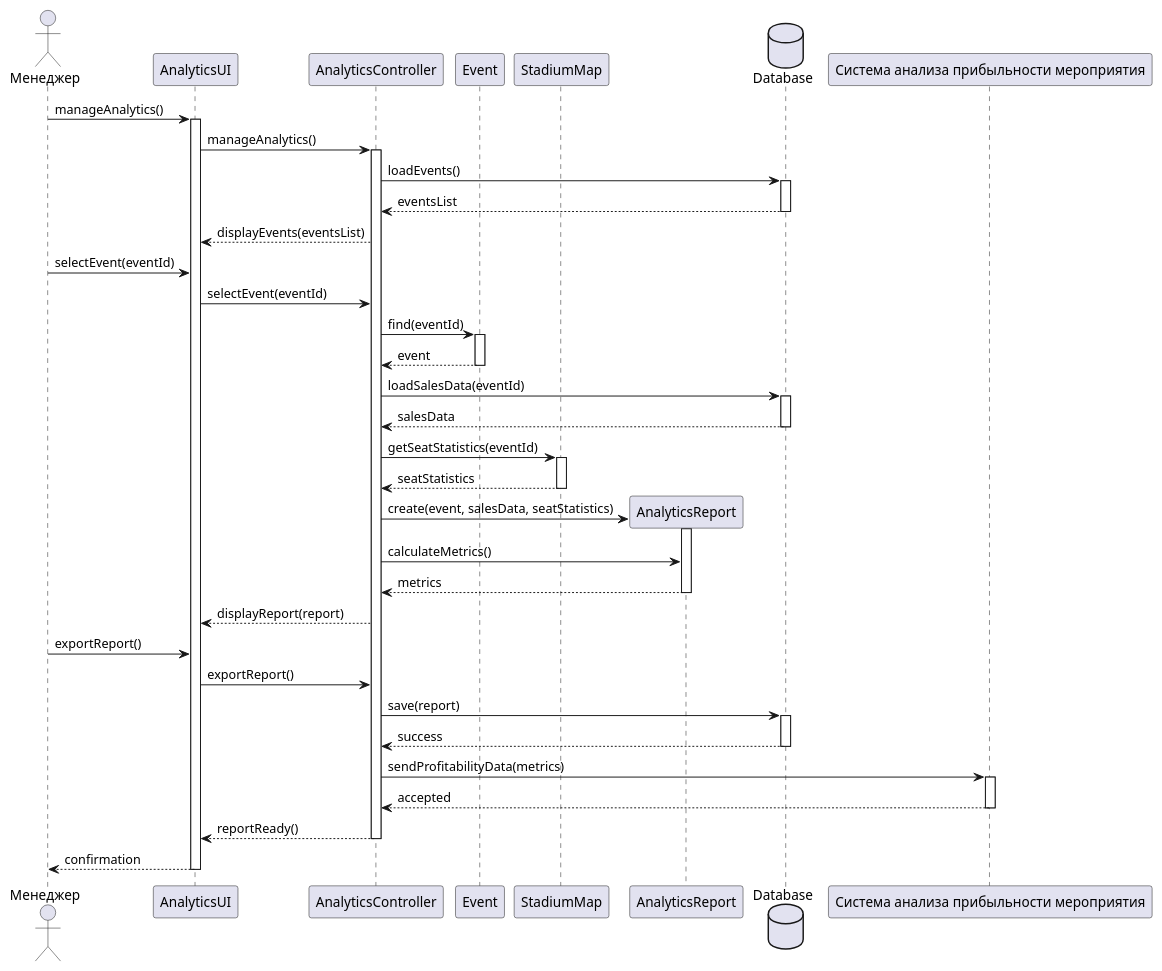
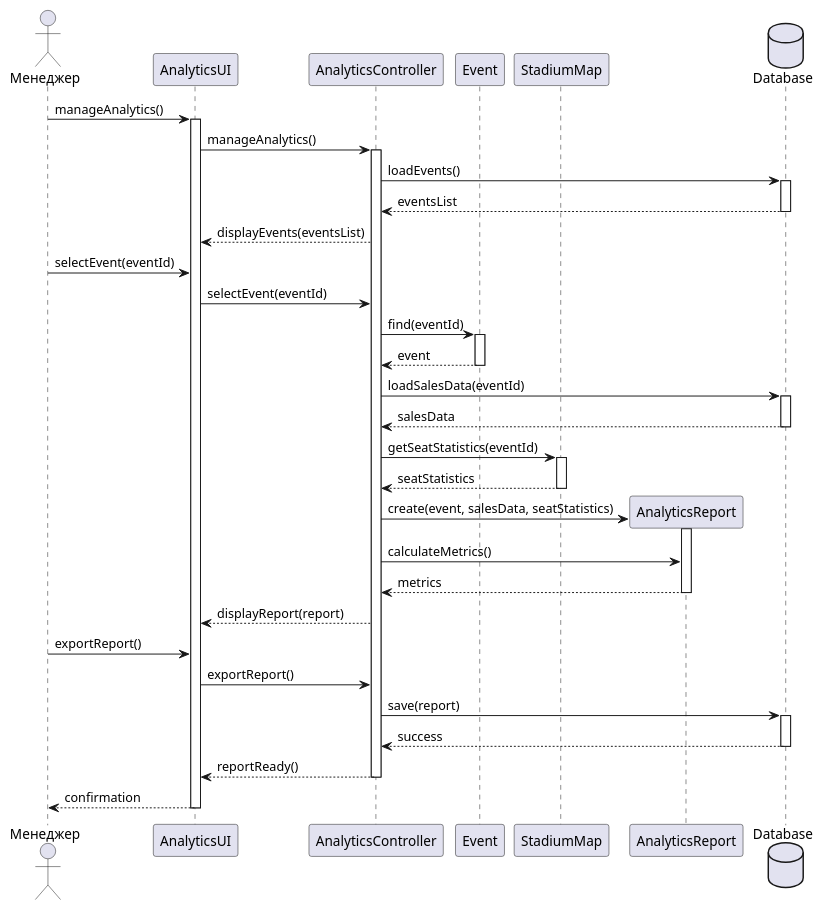
Before and after one commit to penamarth/bsbo-11-24_team5_var10_football: the diagram in Преценденты/Вывод аналитики по мероприятию/Диаграмма последовательности.md, drawn with PlantUML.

Commit message:
Убрал систему аналитики из системы аналитики

````diff
--- a/Преценденты/Вывод аналитики по мероприятию/Диаграмма последовательности.md
+++ b/Преценденты/Вывод аналитики по мероприятию/Диаграмма последовательности.md
@@ -3,70 +3,64 @@
 ```plantuml
 
 @startuml
 actor "Менеджер" as Manager
 
 participant "AnalyticsUI" as UI
 participant "AnalyticsController" as Controller
 participant "Event" as Event
 participant "StadiumMap" as Map
 participant "AnalyticsReport" as Report
 database "Database" as DB
-participant "Система анализа прибыльности мероприятия" as ProfitSystem
 
 Manager -> UI : manageAnalytics()
 activate UI
 UI -> Controller : manageAnalytics()
 activate Controller
 
 Controller -> DB : loadEvents()
 activate DB
 DB --> Controller : eventsList
 deactivate DB
 Controller --> UI : displayEvents(eventsList)
 
 Manager -> UI : selectEvent(eventId)
 UI -> Controller : selectEvent(eventId)
 
 Controller -> Event : find(eventId)
 activate Event
 Event --> Controller : event
 deactivate Event
 
 Controller -> DB : loadSalesData(eventId)
 activate DB
 DB --> Controller : salesData
 deactivate DB
 
 Controller -> Map : getSeatStatistics(eventId)
 activate Map
 Map --> Controller : seatStatistics
 deactivate Map
 
 create Report
 Controller -> Report : create(event, salesData, seatStatistics)
 activate Report
 Controller -> Report : calculateMetrics()
 Report --> Controller : metrics
 deactivate Report
 
 Controller --> UI : displayReport(report)
 
 Manager -> UI : exportReport()
 UI -> Controller : exportReport()
 Controller -> DB : save(report)
 activate DB
 DB --> Controller : success
 deactivate DB
 
-Controller -> ProfitSystem : sendProfitabilityData(metrics)
-activate ProfitSystem
-ProfitSystem --> Controller : accepted
-deactivate ProfitSystem
-
 Controller --> UI : reportReady()
 deactivate Controller
 UI --> Manager : confirmation
 deactivate UI
 
 @enduml
 ```
````
